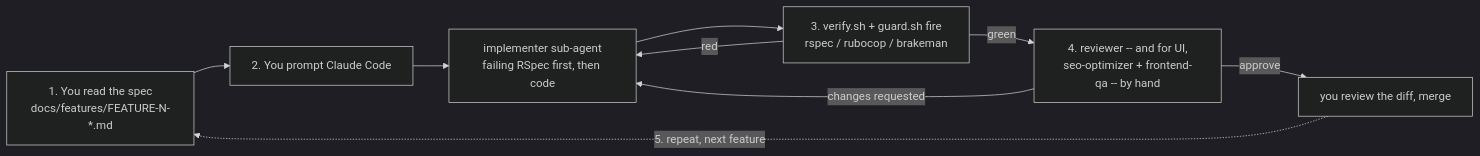
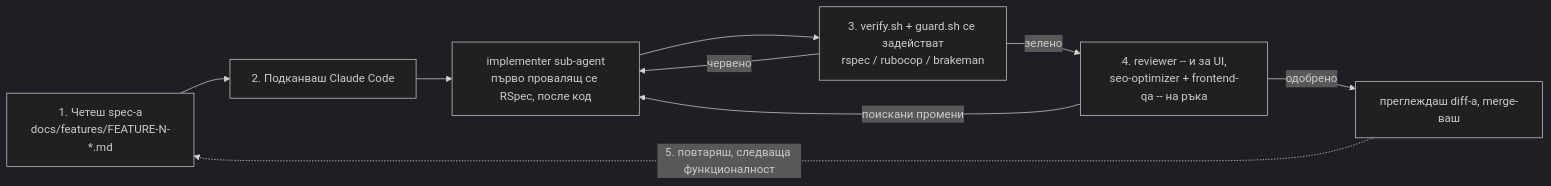
One commit to b1ck0/ds_ml_ai_starter changed the second of 2 diagrams in 04-ai-assisted-sdlc/03-worked-examples/code/rails-estore/README.md. Above: the diagram before and after it, drawn with Mermaid (dark theme). The commit also changed other lines of this file and 1 other file, not shown here.

````diff
--- a/04-ai-assisted-sdlc/03-worked-examples/code/rails-estore/README.md
+++ b/04-ai-assisted-sdlc/03-worked-examples/code/rails-estore/README.md
@@ -389,11 +407,11 @@
 ```mermaid
 flowchart LR
-    YOU["1. You read the spec<br/>docs/features/FEATURE-N-*.md"] --> PROMPT["2. You prompt Claude Code"]
-    PROMPT --> IMPL["implementer sub-agent<br/>failing RSpec first, then code"]
-    IMPL --> GATE["3. verify.sh + guard.sh fire<br/>rspec / rubocop / brakeman"]
-    GATE -->|"red"| IMPL
-    GATE -->|"green"| REVIEW["4. reviewer -- and for UI,<br/>seo-optimizer + frontend-qa -- by hand"]
-    REVIEW -->|"changes requested"| IMPL
-    REVIEW -->|"approve"| DECIDE["you review the diff, merge"]
-    DECIDE -.->|"5. repeat, next feature"| YOU
+    YOU["1. Четеш spec-а<br/>docs/features/FEATURE-N-*.md"] --> PROMPT["2. Подканваш Claude Code"]
+    PROMPT --> IMPL["implementer sub-agent<br/>първо провалящ се RSpec, после код"]
+    IMPL --> GATE["3. verify.sh + guard.sh се задействат<br/>rspec / rubocop / brakeman"]
+    GATE -->|"червено"| IMPL
+    GATE -->|"зелено"| REVIEW["4. reviewer -- и за UI,<br/>seo-optimizer + frontend-qa -- на ръка"]
+    REVIEW -->|"поискани промени"| IMPL
+    REVIEW -->|"одобрено"| DECIDE["преглеждаш diff-а, merge-ваш"]
+    DECIDE -.->|"5. повтаряш, следваща функционалност"| YOU
 ```
````
